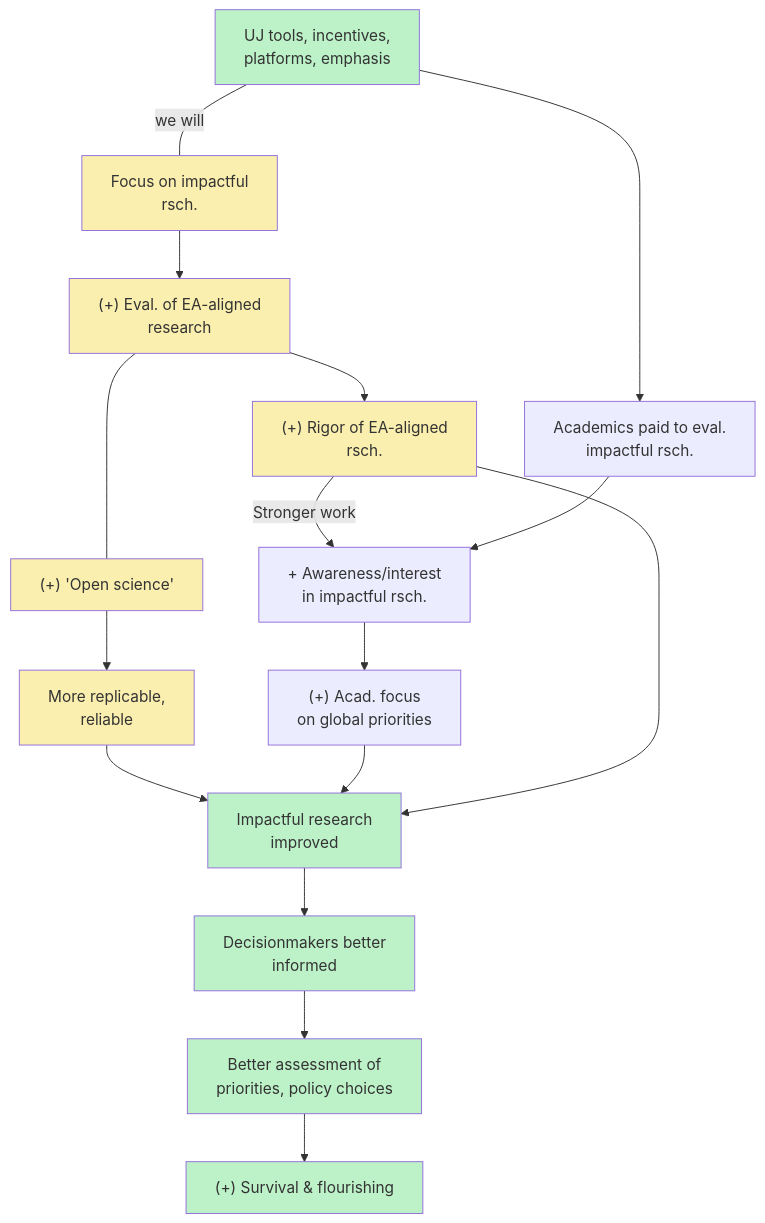
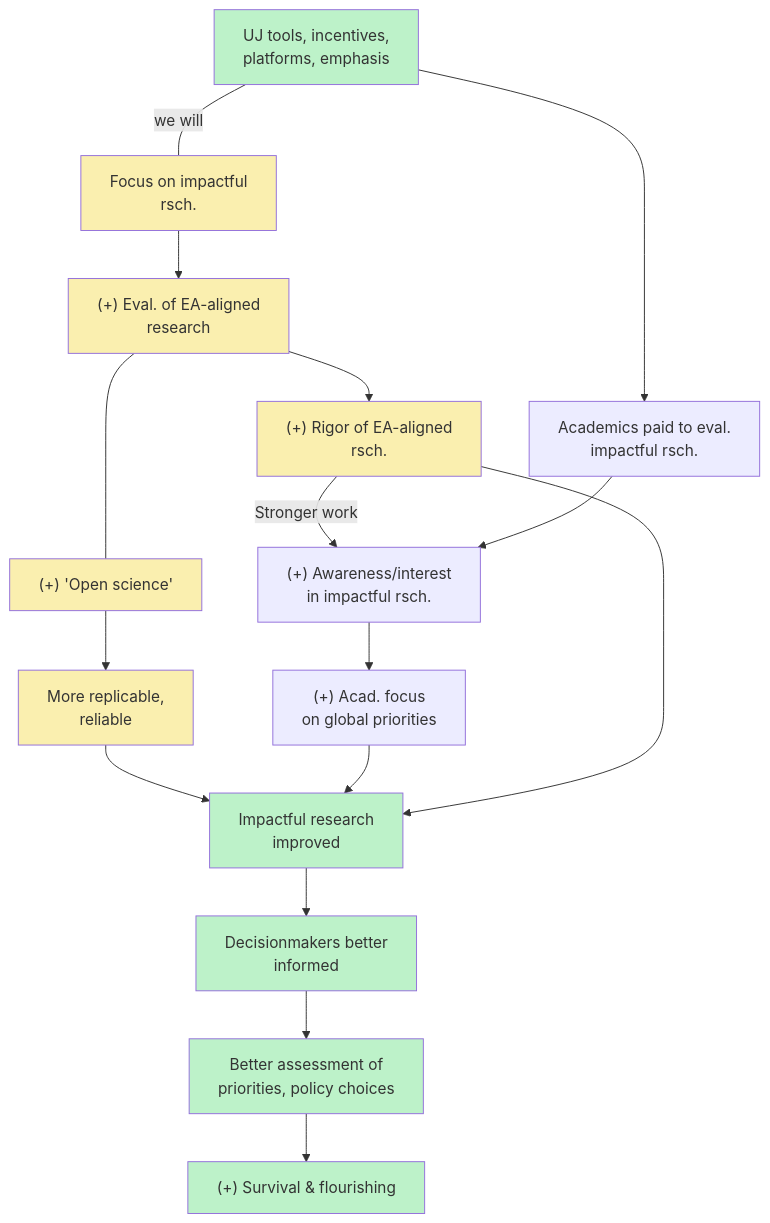
One commit to unjournal/unjournal_gitbook changed the second of 2 diagrams in benefits-and-features/global-priorities-theory-of-change/README.md. Above: the diagram before and after it, drawn with Mermaid.

Commit message:
GITBOOK-609: No subject

````diff
--- a/benefits-and-features/global-priorities-theory-of-change/README.md
+++ b/benefits-and-features/global-priorities-theory-of-change/README.md
@@ -118,18 +118,18 @@
 ```mermaid
 graph TD
 classDef Direct fill:#faefaf
 classDef Multi fill:#bdf2c9
 
 A0["UJ tools, incentives, <br/> platforms, emphasis"]:::Multi --"we will"--- FocusEA["Focus on impactful <br/> rsch."]:::Direct --> EAR
  EAR["(+) evaluation of <br/> EA-aligned rsch."]:::Direct 
 EAR --> EARig["(+) Rigor of EA-aligned <br/> rsch."]:::Direct 
 EAR["(+) Eval. of EA-aligned <br/> research"]:::Direct --- OF["(+) 'Open science'"]:::Direct --> EARO["More replicable, <br/> reliable"]:::Direct --> A1["Impactful research <br/> improved"]:::Multi 
 EARig --"Stronger work"--> AcadAware["(+) Awareness & interest <br/> in impactful rsch."]
 A1:::Multi  --> A2["Decisionmakers better <br/> informed"]:::Direct
 D1 --> A1:::Multi 
 EARig --> A1:::Multi 
-A0 --> PayAcad["Academics paid to eval. <br/> impactful rsch."]:::Integrate --> AcadAware["+ Awareness/interest <br/> in impactful rsch."]:::Integrate --> D1["(+) Acad. focus <br/> on global priorities"]:::Integrate 
+A0 --> PayAcad["Academics paid to eval. <br/> impactful rsch."]:::Integrate --> AcadAware["(+) Awareness/interest <br/> in impactful rsch."]:::Integrate --> D1["(+) Acad. focus <br/> on global priorities"]:::Integrate 
 
 A2:::Multi --> E1["Better assessment of <br/> priorities, policy choices"]:::Multi --> O["(+) Survival & flourishing"]:::Multi 
 
 ```
````
